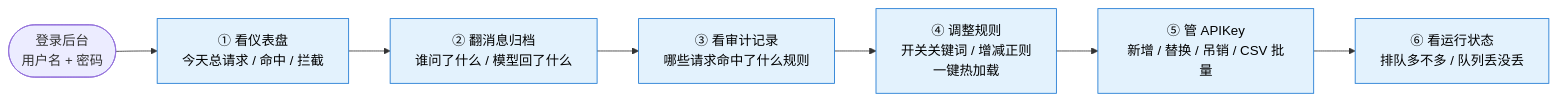
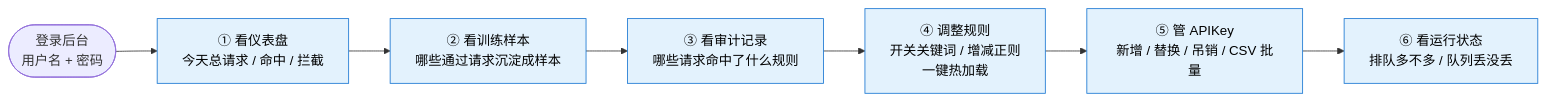
Before and after one commit to WarwickSong/NF-SafetyHub: the diagram in 产品研发控制/科普流程图/S3_管理员一天的操作.md, drawn with Mermaid. The commit also changed other lines of this file and 39 other files, not shown here.

````diff
--- a/产品研发控制/科普流程图/S3_管理员一天的操作.md
+++ b/产品研发控制/科普流程图/S3_管理员一天的操作.md
@@ -5,13 +5,13 @@
 ```mermaid
 flowchart LR
     Login(["登录后台<br/>用户名 + 密码"])
     Login --> Dash["① 看仪表盘<br/>今天总请求 / 命中 / 拦截"]
-    Dash --> Arch["② 翻消息归档<br/>谁问了什么 / 模型回了什么"]
+    Dash --> Arch["② 看训练样本<br/>哪些通过请求沉淀成样本"]
     Arch --> Audit["③ 看审计记录<br/>哪些请求命中了什么规则"]
     Audit --> Rule["④ 调整规则<br/>开关关键词 / 增减正则<br/>一键热加载"]
     Rule --> Keys["⑤ 管 APIKey<br/>新增 / 替换 / 吊销 / CSV 批量"]
     Keys --> Runtime["⑥ 看运行状态<br/>排队多不多 / 队列丢没丢"]
 
     classDef step fill:#e3f2fd,stroke:#1976d2,color:#000
     class Dash,Arch,Audit,Rule,Keys,Runtime step
 ```
````
